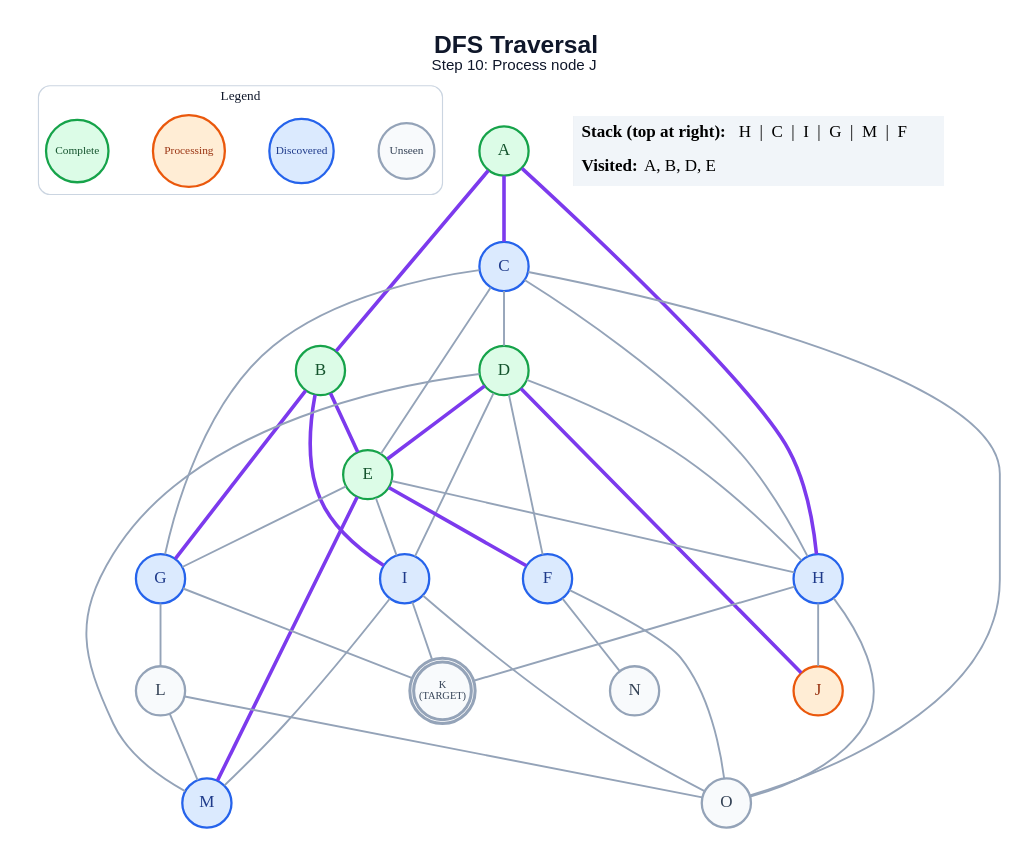
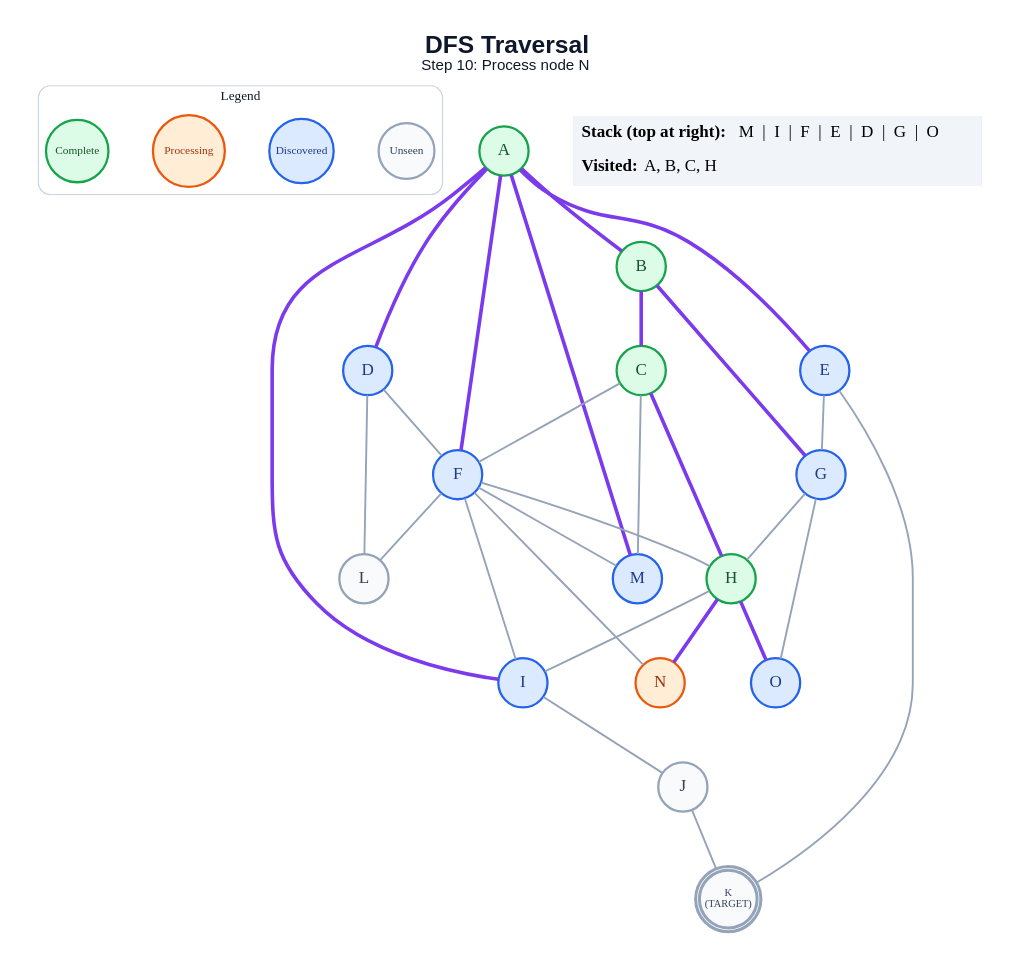
Before and after one commit to anon7238593-create/ai-slop: the diagram in generated/short-circuit/dfs/step_10.dot, drawn with Graphviz. The commit also changed 285 other files, not shown here.

```diff
--- a/generated/short-circuit/dfs/step_10.dot
+++ b/generated/short-circuit/dfs/step_10.dot
@@ -1,68 +1,61 @@
 graph traversal {
   graph [layout=dot, rankdir=TB, bgcolor="#FFFFFF", pad="0.35", nodesep="0.65", ranksep="0.8", fontname="Arial"];
   node [shape=circle, style="filled", fontname="Arial Bold", fontsize=18, width=0.72, fixedsize=true, penwidth=2.4];
   edge [color="#94A3B8", penwidth=2.0];
-  label=<<B>DFS Traversal</B><BR/><FONT POINT-SIZE="16">Step 10: Process node J</FONT>>; labelloc="t"; fontsize=26; fontname="Arial"; fontcolor="#0F172A";
+  label=<<B>DFS Traversal</B><BR/><FONT POINT-SIZE="16">Step 10: Process node N</FONT>>; labelloc="t"; fontsize=26; fontname="Arial"; fontcolor="#0F172A";
   subgraph cluster_legend { label="Legend"; color="#CBD5E1"; penwidth=1.2; style="rounded"; fontsize=14; fontname="Arial Bold";
     key_unseen [label="Unseen", fillcolor="#F8FAFC", color="#94A3B8", fontcolor="#334155", fontsize=12, width=0.82];
     key_frontier [label="Discovered", fillcolor="#DBEAFE", color="#2563EB", fontcolor="#1E3A8A", fontsize=12, width=0.95];
     key_current [label="Processing", fillcolor="#FFEDD5", color="#EA580C", fontcolor="#9A3412", fontsize=12, width=1.05];
     key_done [label="Complete", fillcolor="#DCFCE7", color="#16A34A", fontcolor="#14532D", fontsize=12, width=0.92];
     { rank=same; key_unseen; key_frontier; key_current; key_done; }
   }
   A [label="A", fillcolor="#DCFCE7", color="#16A34A", fontcolor="#14532D", peripheries=1, penwidth=2.4];
   B [label="B", fillcolor="#DCFCE7", color="#16A34A", fontcolor="#14532D", peripheries=1, penwidth=2.4];
-  C [label="C", fillcolor="#DBEAFE", color="#2563EB", fontcolor="#1E3A8A", peripheries=1, penwidth=2.4];
-  D [label="D", fillcolor="#DCFCE7", color="#16A34A", fontcolor="#14532D", peripheries=1, penwidth=2.4];
-  E [label="E", fillcolor="#DCFCE7", color="#16A34A", fontcolor="#14532D", peripheries=1, penwidth=2.4];
+  C [label="C", fillcolor="#DCFCE7", color="#16A34A", fontcolor="#14532D", peripheries=1, penwidth=2.4];
+  D [label="D", fillcolor="#DBEAFE", color="#2563EB", fontcolor="#1E3A8A", peripheries=1, penwidth=2.4];
+  E [label="E", fillcolor="#DBEAFE", color="#2563EB", fontcolor="#1E3A8A", peripheries=1, penwidth=2.4];
   F [label="F", fillcolor="#DBEAFE", color="#2563EB", fontcolor="#1E3A8A", peripheries=1, penwidth=2.4];
   G [label="G", fillcolor="#DBEAFE", color="#2563EB", fontcolor="#1E3A8A", peripheries=1, penwidth=2.4];
-  H [label="H", fillcolor="#DBEAFE", color="#2563EB", fontcolor="#1E3A8A", peripheries=1, penwidth=2.4];
+  H [label="H", fillcolor="#DCFCE7", color="#16A34A", fontcolor="#14532D", peripheries=1, penwidth=2.4];
   I [label="I", fillcolor="#DBEAFE", color="#2563EB", fontcolor="#1E3A8A", peripheries=1, penwidth=2.4];
-  J [label="J", fillcolor="#FFEDD5", color="#EA580C", fontcolor="#9A3412", peripheries=1, penwidth=2.4];
+  J [label="J", fillcolor="#F8FAFC", color="#94A3B8", fontcolor="#334155", peripheries=1, penwidth=2.4];
   K [label="K\n(TARGET)", fillcolor="#F8FAFC", color="#94A3B8", fontcolor="#334155", peripheries=2, penwidth=3.2, fontsize=11, width=0.85, height=0.85];
   L [label="L", fillcolor="#F8FAFC", color="#94A3B8", fontcolor="#334155", peripheries=1, penwidth=2.4];
   M [label="M", fillcolor="#DBEAFE", color="#2563EB", fontcolor="#1E3A8A", peripheries=1, penwidth=2.4];
-  N [label="N", fillcolor="#F8FAFC", color="#94A3B8", fontcolor="#334155", peripheries=1, penwidth=2.4];
-  O [label="O", fillcolor="#F8FAFC", color="#94A3B8", fontcolor="#334155", peripheries=1, penwidth=2.4];
+  N [label="N", fillcolor="#FFEDD5", color="#EA580C", fontcolor="#9A3412", peripheries=1, penwidth=2.4];
+  O [label="O", fillcolor="#DBEAFE", color="#2563EB", fontcolor="#1E3A8A", peripheries=1, penwidth=2.4];
   A -- B [color="#7C3AED", penwidth=3.8];
-  A -- C [color="#7C3AED", penwidth=3.8];
-  A -- H [color="#7C3AED", penwidth=3.8];
-  B -- E [color="#7C3AED", penwidth=3.8];
+  A -- D [color="#7C3AED", penwidth=3.8];
+  A -- E [color="#7C3AED", penwidth=3.8];
+  A -- F [color="#7C3AED", penwidth=3.8];
+  A -- I [color="#7C3AED", penwidth=3.8];
+  A -- M [color="#7C3AED", penwidth=3.8];
+  B -- C [color="#7C3AED", penwidth=3.8];
   B -- G [color="#7C3AED", penwidth=3.8];
-  B -- I [color="#7C3AED", penwidth=3.8];
-  C -- D;
-  C -- E;
-  C -- G;
-  C -- H;
-  C -- O;
-  D -- E [color="#7C3AED", penwidth=3.8];
+  C -- F;
+  C -- H [color="#7C3AED", penwidth=3.8];
+  C -- M;
   D -- F;
-  D -- H;
-  D -- I;
-  D -- J [color="#7C3AED", penwidth=3.8];
-  D -- M;
-  E -- F [color="#7C3AED", penwidth=3.8];
+  D -- L;
   E -- G;
-  E -- H;
-  E -- I;
-  E -- M [color="#7C3AED", penwidth=3.8];
+  E -- K;
+  F -- H;
+  F -- I;
+  F -- L;
+  F -- M;
   F -- N;
-  F -- O;
-  G -- K;
-  G -- L;
-  H -- J;
-  H -- K;
-  H -- O;
-  I -- K;
-  I -- M;
-  I -- O;
-  L -- M;
-  L -- O;
+  G -- H;
+  G -- O;
+  H -- I;
+  H -- N [color="#7C3AED", penwidth=3.8];
+  H -- O [color="#7C3AED", penwidth=3.8];
+  I -- J;
+  J -- K;
   status [shape=plain, fixedsize=false, width=0, height=0, margin=0, label=<
     <TABLE BORDER="0" CELLBORDER="0" CELLPADDING="7" BGCOLOR="#F1F5F9">
-      <TR><TD ALIGN="LEFT"><B>Stack (top at right):</B> H  |  C  |  I  |  G  |  M  |  F</TD></TR>
-      <TR><TD ALIGN="LEFT"><B>Visited:</B> A, B, D, E</TD></TR>
+      <TR><TD ALIGN="LEFT"><B>Stack (top at right):</B> M  |  I  |  F  |  E  |  D  |  G  |  O</TD></TR>
+      <TR><TD ALIGN="LEFT"><B>Visited:</B> A, B, C, H</TD></TR>
     </TABLE>
   >];
 }
```
